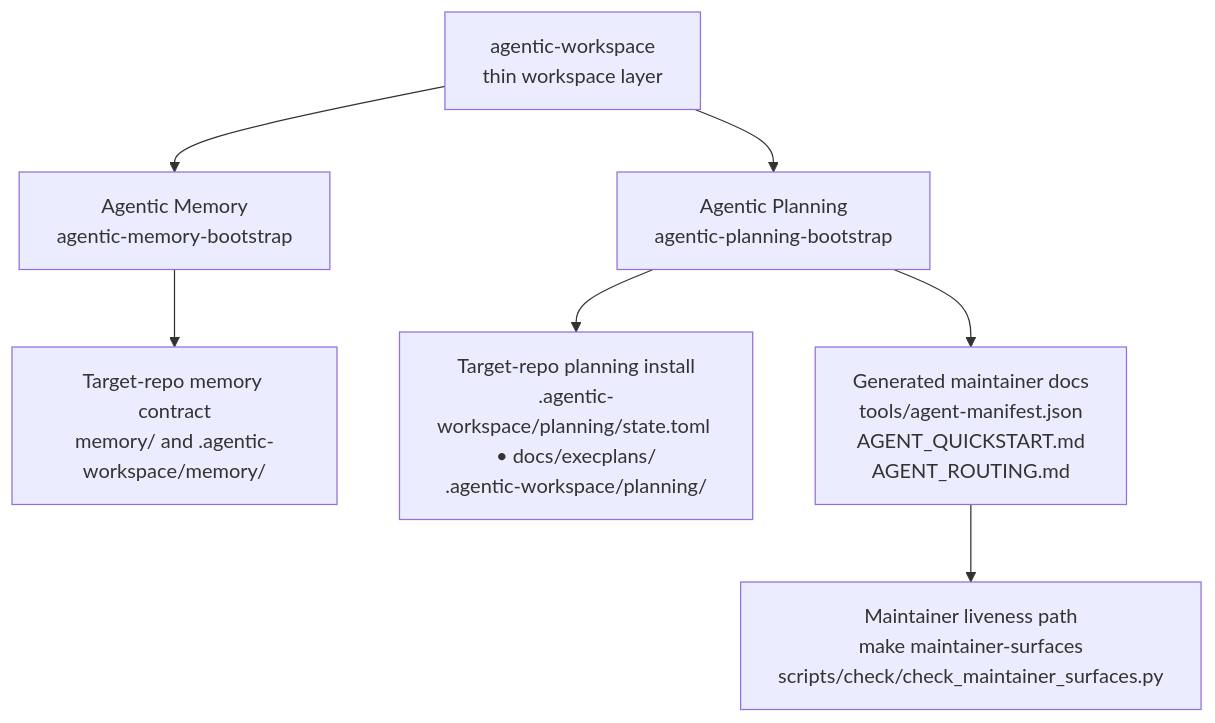
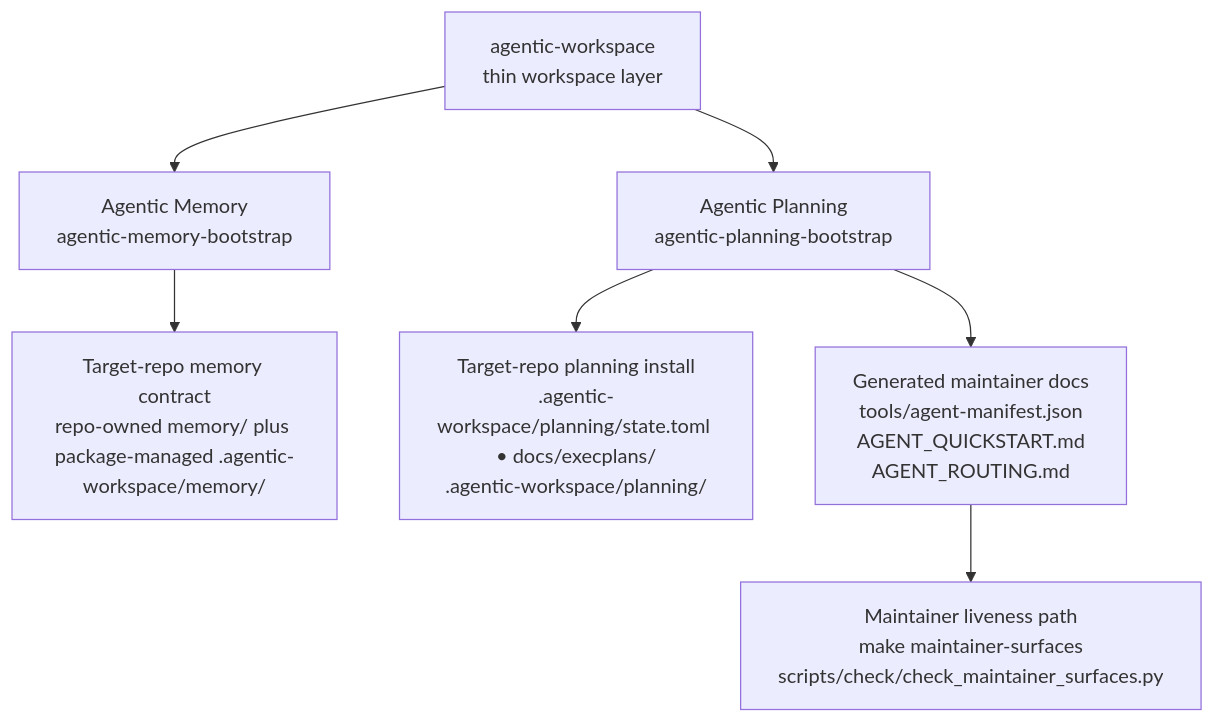
One commit to rickardvh/agentic-workspace changed the diagram in docs/architecture.md. Above: the diagram before and after it, drawn with Mermaid. The commit also changed 57 other files, not shown here.

````diff
--- a/docs/architecture.md
+++ b/docs/architecture.md
@@ -9,9 +9,9 @@
 ```mermaid
 flowchart TD
     W[agentic-workspace\nthin workspace layer] --> M[Agentic Memory\nagentic-memory-bootstrap]
     W --> P[Agentic Planning\nagentic-planning-bootstrap]
     P --> R[Target-repo planning install\n.agentic-workspace/planning/state.toml • docs/execplans/\n.agentic-workspace/planning/]
-    M --> N[Target-repo memory contract\nmemory/ and .agentic-workspace/memory/]
+    M --> N[Target-repo memory contract\nrepo-owned memory/ plus package-managed .agentic-workspace/memory/]
     P --> G[Generated maintainer docs\ntools/agent-manifest.json\nAGENT_QUICKSTART.md\nAGENT_ROUTING.md]
     G --> C[Maintainer liveness path\nmake maintainer-surfaces\nscripts/check/check_maintainer_surfaces.py]
 ```
````
